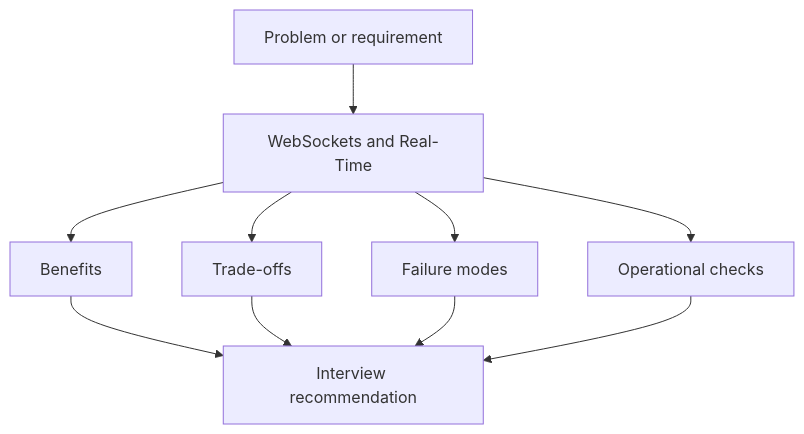
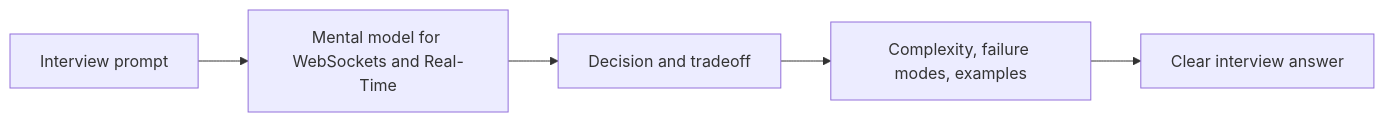
The diagram in components/api-and-communication/websockets/index.md (abstractinterviews/abstractinterviews.github.io), drawn with Mermaid before and after one commit. The commit also changed other lines of this file and 278 other files, not shown here.

````diff
--- a/components/api-and-communication/websockets/index.md
+++ b/components/api-and-communication/websockets/index.md
@@ -105,12 +97,7 @@
-~~~mermaid
-flowchart TD
-    Problem["Problem or requirement"] --> Concept["WebSockets and Real-Time"]
-    Concept --> Benefits["Benefits"]
-    Concept --> Tradeoffs["Trade-offs"]
-    Concept --> FailureModes["Failure modes"]
-    Concept --> Operations["Operational checks"]
-    Benefits --> Decision["Interview recommendation"]
-    Tradeoffs --> Decision
-    FailureModes --> Decision
-    Operations --> Decision
-~~~
+```mermaid
+flowchart LR
+    Problem["Interview prompt"] --> Model["Mental model for WebSockets and Real-Time"]
+    Model --> Choice["Decision and tradeoff"]
+    Choice --> Evidence["Complexity, failure modes, examples"]
+    Evidence --> Answer["Clear interview answer"]
+```
````
